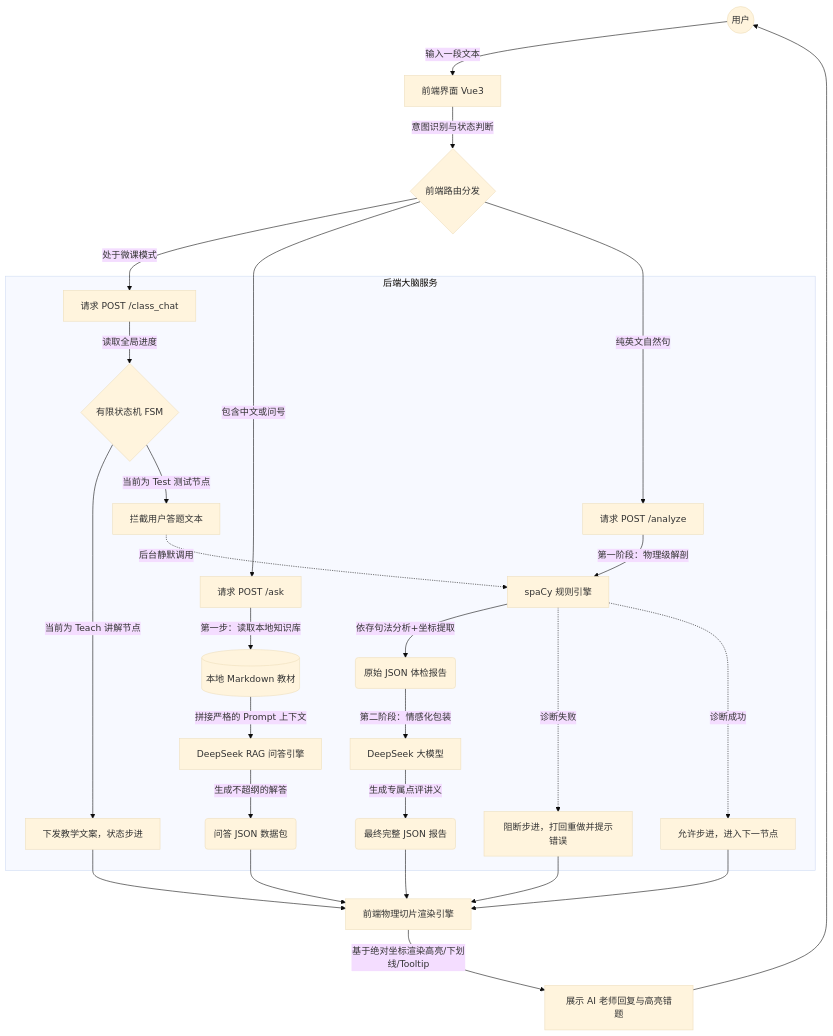
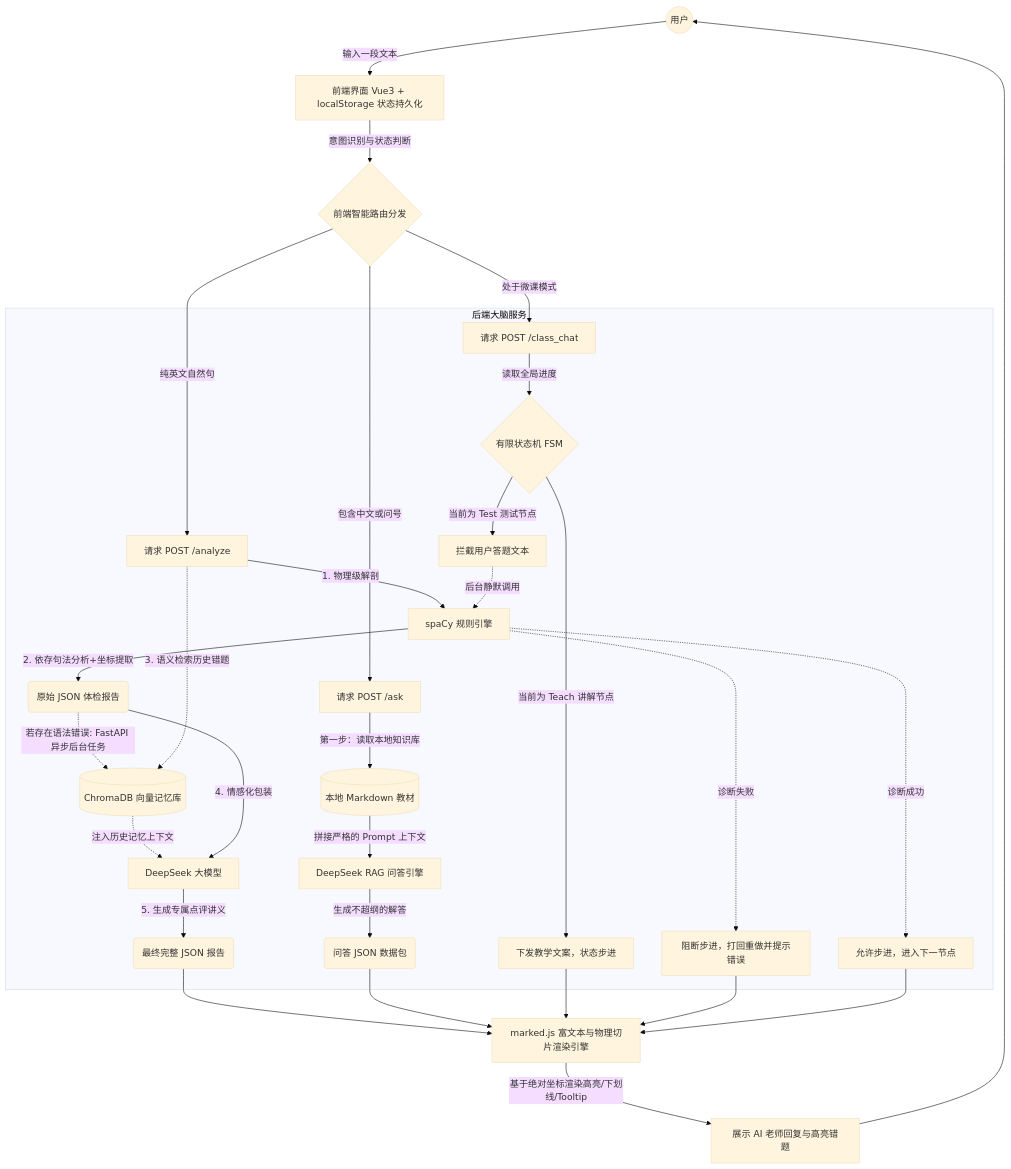
One commit to jacobsisir-glitch/AI-English-Teacher changed the diagram in README.md. Above: the diagram before and after it, drawn with Mermaid (base theme). The commit also changed other lines of this file, not shown here.

````diff
--- a/README.md
+++ b/README.md
@@ -23,47 +23,57 @@
 ```mermaid
 graph TD
     %% 用户端交互
-    User((用户)) -->|输入一段文本| UI[前端界面 Vue3]
+    User((用户)) -->|输入一段文本| UI[前端界面 Vue3 + localStorage 状态持久化]
 
     %% 前端智能路由
-    UI -->|意图识别与状态判断| Router{前端路由分发}
+    UI -->|意图识别与状态判断| Router{前端智能路由分发}
     
     Router -->|处于微课模式| RouteClass[请求 POST /class_chat]
     Router -->|包含中文或问号| RouteAsk[请求 POST /ask]
     Router -->|纯英文自然句| RouteAnalyze[请求 POST /analyze]
 
     %% 后端服务架构
     subgraph 后端大脑服务
         
+        %% 记忆引擎 (新增)
+        ChromaDB[(ChromaDB 向量记忆库)]
+
         %% 业务流 1：语法诊断流水线
-        RouteAnalyze -->|第一阶段：物理级解剖| spacy[spaCy 规则引擎]
-        spacy -->|依存句法分析+坐标提取| RawReport(原始 JSON 体检报告)
-        RawReport -->|第二阶段：情感化包装| deepseek_analyze[DeepSeek 大模型]
-        deepseek_analyze -->|生成专属点评讲义| FinalReport(最终完整 JSON 报告)
+        RouteAnalyze -->|1. 物理级解剖| spacy[spaCy 规则引擎]
+        spacy -->|2. 依存句法分析+坐标提取| RawReport(原始 JSON 体检报告)
+        
+        %% 异步写库与同步读库逻辑
+        RawReport -.->|若存在语法错误: FastAPI 异步后台任务| ChromaDB
+        RouteAnalyze -.->|3. 语义检索历史错题| ChromaDB
+        
+        ChromaDB -.->|注入历史记忆上下文| deepseek_analyze[DeepSeek 大模型]
+        RawReport -->|4. 情感化包装| deepseek_analyze
+        
+        deepseek_analyze -->|5. 生成专属点评讲义| FinalReport(最终完整 JSON 报告)
 
         %% 业务流 2：RAG 教材问答流水线
         RouteAsk -->|第一步：读取本地知识库| LocalDB[(本地 Markdown 教材)]
         LocalDB -->|拼接严格的 Prompt 上下文| deepseek_rag[DeepSeek RAG 问答引擎]
         deepseek_rag -->|生成不超纲的解答| QA_Answer(问答 JSON 数据包)
 
         %% 业务流 3：状态机课堂控制流
         RouteClass -->|读取全局进度| FSM{有限状态机 FSM}
         FSM -->|当前为 Teach 讲解节点| TeachNode[下发教学文案，状态步进]
         FSM -->|当前为 Test 测试节点| TestNode[拦截用户答题文本]
         
         TestNode -.->|后台静默调用| spacy
         spacy -.->|诊断失败| TestFail[阻断步进，打回重做并提示错误]
         spacy -.->|诊断成功| TestPass[允许步进，进入下一节点]
     end
 
     %% 前端渲染引擎接收结果
-    FinalReport --> RenderEngine[前端物理切片渲染引擎]
+    FinalReport --> RenderEngine[marked.js 富文本与物理切片渲染引擎]
     QA_Answer --> RenderEngine
     TeachNode --> RenderEngine
     TestFail --> RenderEngine
     TestPass --> RenderEngine
 
     %% 多图层叠加与展示
     RenderEngine -->|基于绝对坐标渲染高亮/下划线/Tooltip| FinalDisplay[展示 AI 老师回复与高亮错题]
     FinalDisplay --> User
 ```
````
